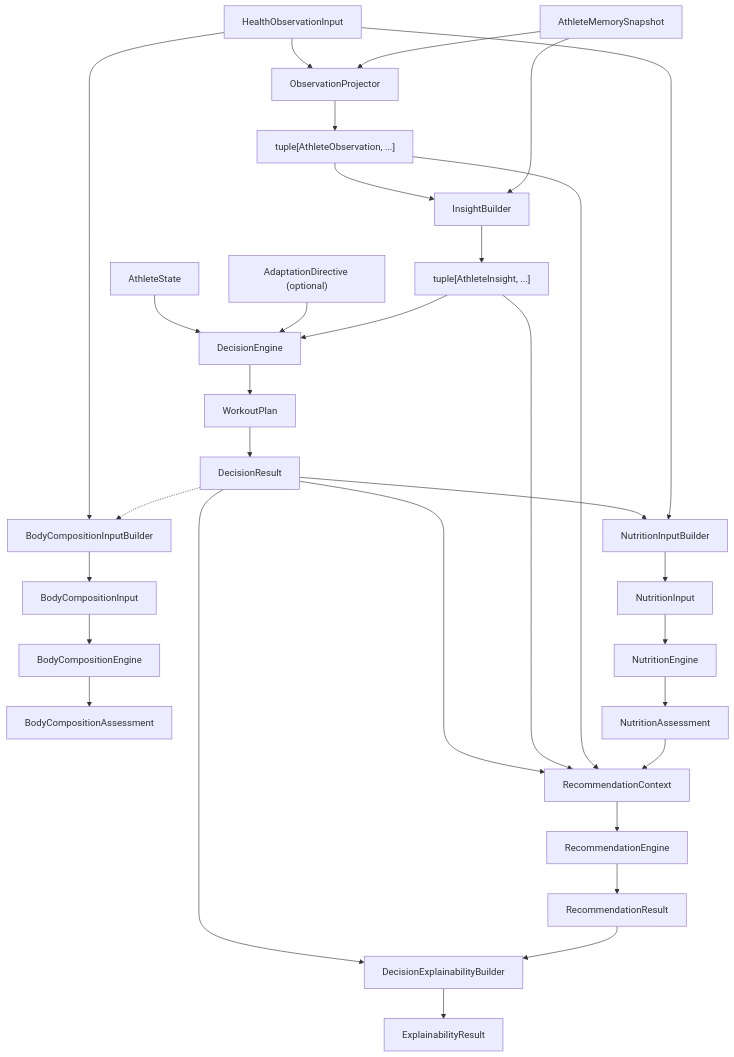
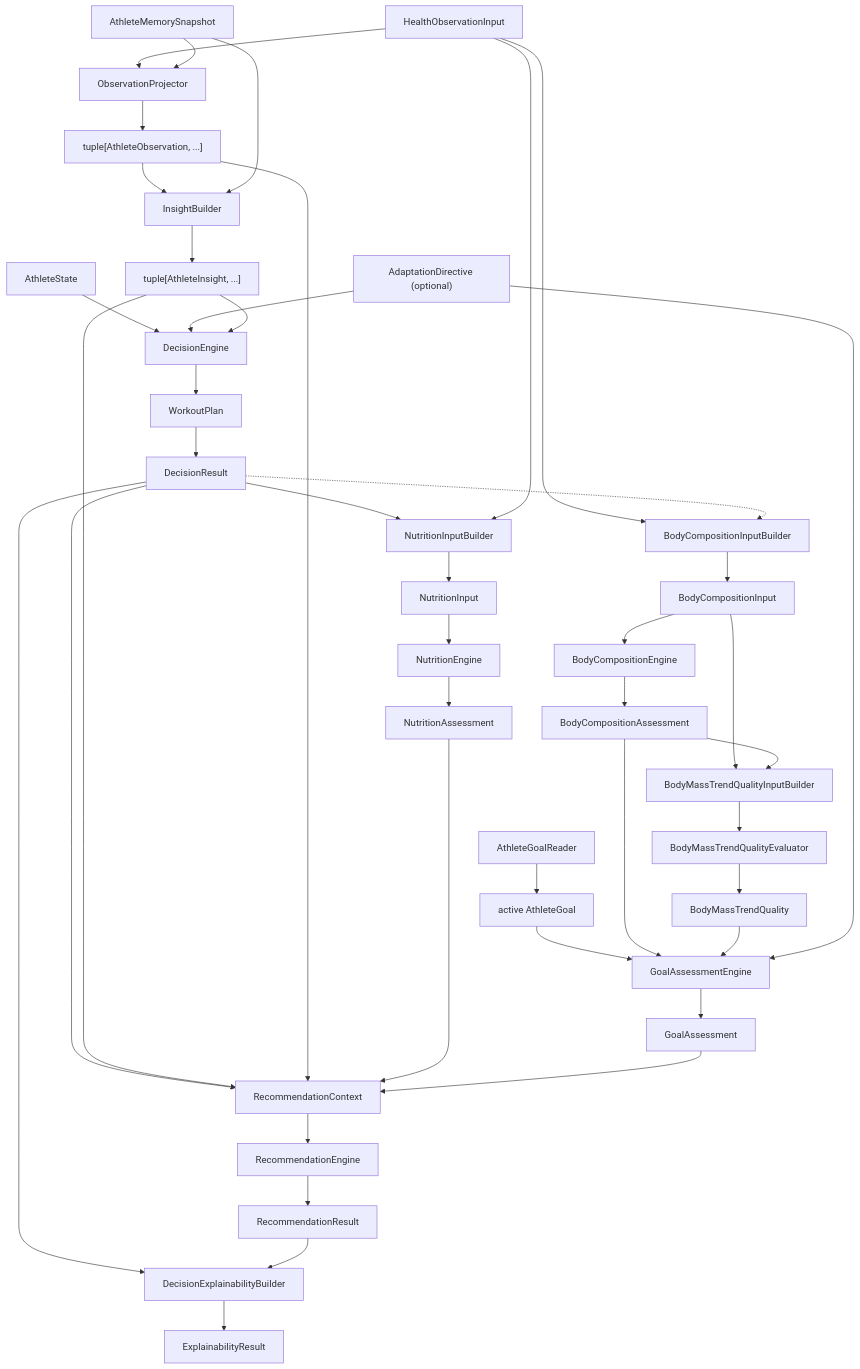
Before and after one commit to tdg4dftypb-coder/athlete-platform: the fourth of 12 diagrams in docs/engineering/02-architecture.md, drawn with Mermaid. The commit also changed other lines of this file and 4 other files, not shown here.

````diff
--- a/docs/engineering/02-architecture.md
+++ b/docs/engineering/02-architecture.md
@@ -324,43 +331,55 @@
 ```mermaid
 flowchart TD
     HI["HealthObservationInput"]
     MS["AthleteMemorySnapshot"]
     AS["AthleteState"]
     AD["AdaptationDirective (optional)"]
 
     HI --> OP["ObservationProjector"]
     MS --> OP
     OP --> OBS["tuple[AthleteObservation, ...]"]
     OBS --> IB["InsightBuilder"]
     MS --> IB
     IB --> INS["tuple[AthleteInsight, ...]"]
 
     AS --> DE["DecisionEngine"]
     AD --> DE
     INS --> DE
     DE --> WP["WorkoutPlan"]
     WP --> DR["DecisionResult"]
 
     HI --> BCI["BodyCompositionInputBuilder"]
     DR -.-> BCI
     BCI --> BCIN["BodyCompositionInput"]
     BCIN --> BCE["BodyCompositionEngine"]
     BCE --> BCA["BodyCompositionAssessment"]
 
+    BCIN --> TQI["BodyMassTrendQualityInputBuilder"]
+    BCA --> TQI
+    TQI --> TQE["BodyMassTrendQualityEvaluator"]
+    TQE --> TQ["BodyMassTrendQuality"]
+    GS["AthleteGoalReader"] --> AG["active AthleteGoal"]
+    AG --> GAE["GoalAssessmentEngine"]
+    BCA --> GAE
+    TQ --> GAE
+    AD --> GAE
+    GAE --> GA["GoalAssessment"]
+
     DR --> NI["NutritionInputBuilder"]
     HI --> NI
     NI --> NIN["NutritionInput"]
     NIN --> NE["NutritionEngine"]
     NE --> NA["NutritionAssessment"]
 
     DR --> RC["RecommendationContext"]
     INS --> RC
     OBS --> RC
     NA --> RC
+    GA --> RC
     RC --> RE["RecommendationEngine"]
     RE --> RRES["RecommendationResult"]
 
     DR --> EX["DecisionExplainabilityBuilder"]
     RRES --> EX
     EX --> ERES["ExplainabilityResult"]
 ```
````
